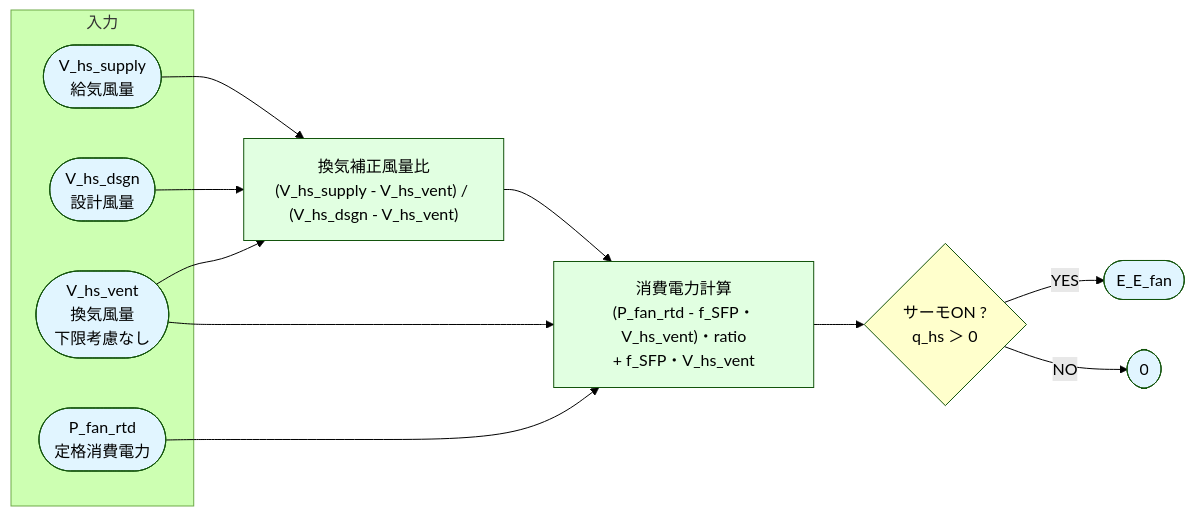
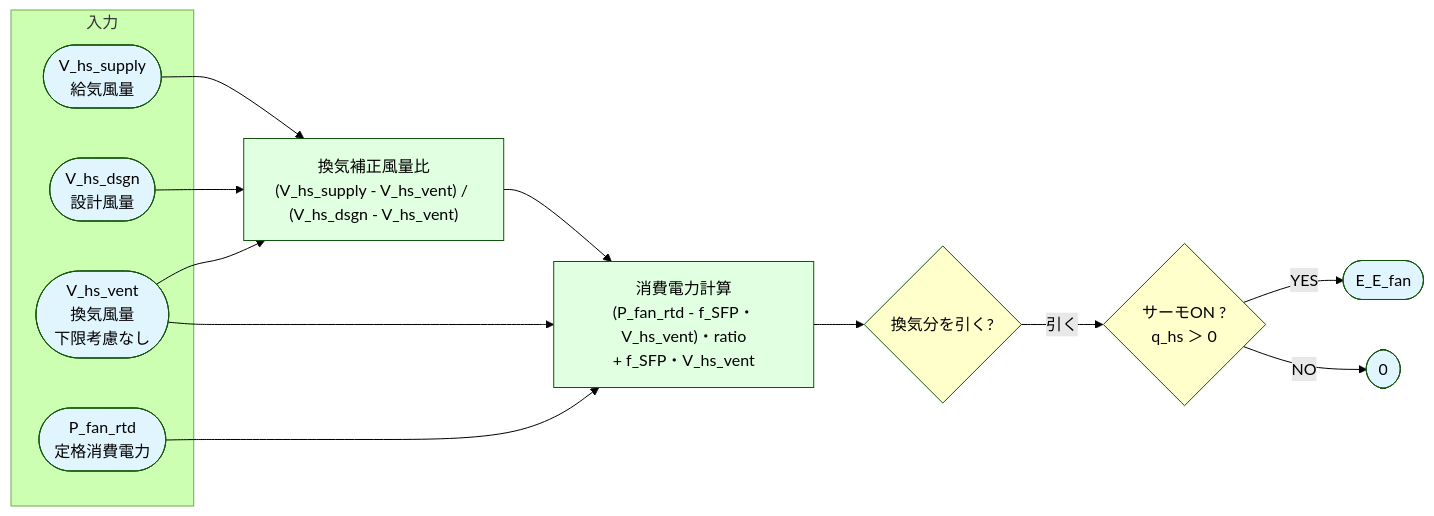
One commit to iguchi-lab/Verification-Platform-Next changed the fifth of 8 diagrams in docs/最低風量_最低電力_直接入力.md. Above: the diagram before and after it, drawn with Mermaid (forest theme). The commit also changed other lines of this file and 1 other file, not shown here.

````diff
--- a/docs/最低風量_最低電力_直接入力.md
+++ b/docs/最低風量_最低電力_直接入力.md
@@ -181,28 +174,30 @@
 ```mermaid
 flowchart LR
 
 subgraph 入力
     V(["V_hs_supply<br/>給気風量"])
     V_dsgn(["V_hs_dsgn<br/>設計風量"])
     V_vent(["V_hs_vent<br/>換気風量<br/>下限考慮なし"])
     P(["P_fan_rtd<br/>定格消費電力"])
 end
 
 V & V_dsgn & V_vent --> Ratio["換気補正風量比<br/>(V_hs_supply - V_hs_vent) / (V_hs_dsgn - V_hs_vent)"]
 
 Ratio & P & V_vent --> Power["消費電力計算<br/>(P_fan_rtd - f_SFP・V_hs_vent)・ratio</br>+ f_SFP・V_hs_vent"]
 
-Power --> Check{サーモON ?<br/>q_hs ＞ 0}
+Power --> SVPCheck{換気分を引く?}
+SVPCheck -->|引く| Check{サーモON ?<br/>q_hs ＞ 0}
 Check -->|YES| Result(["E_E_fan"])
 Check -->|NO| Zero([0])
 
 style V fill:#e1f5ff
 style V_dsgn fill:#e1f5ff
 style V_vent fill:#e1f5ff
 style P fill:#e1f5ff
 style Ratio fill:#e1ffe1
 style Power fill:#e1ffe1
+style SVPCheck fill:#ffffcc
 style Check fill:#ffffcc
 style Result fill:#e1f5ff
 style Zero fill:#e1f5ff
 ```
````
